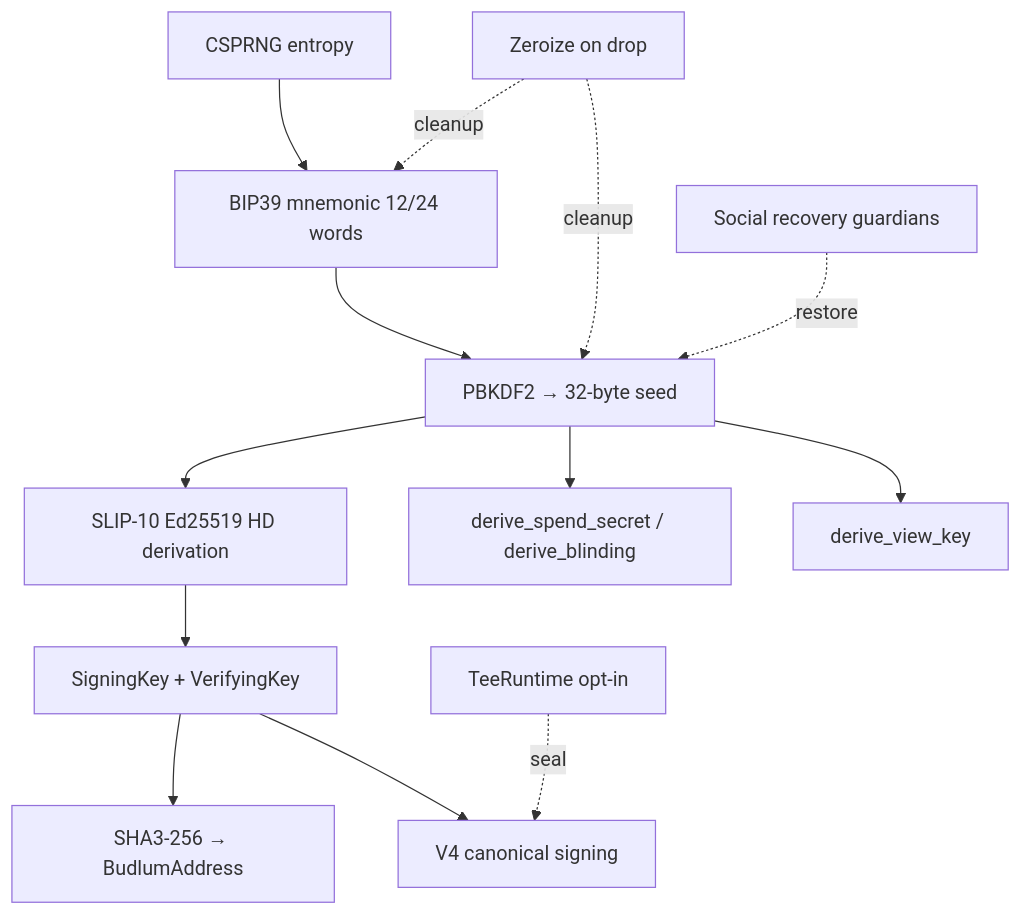
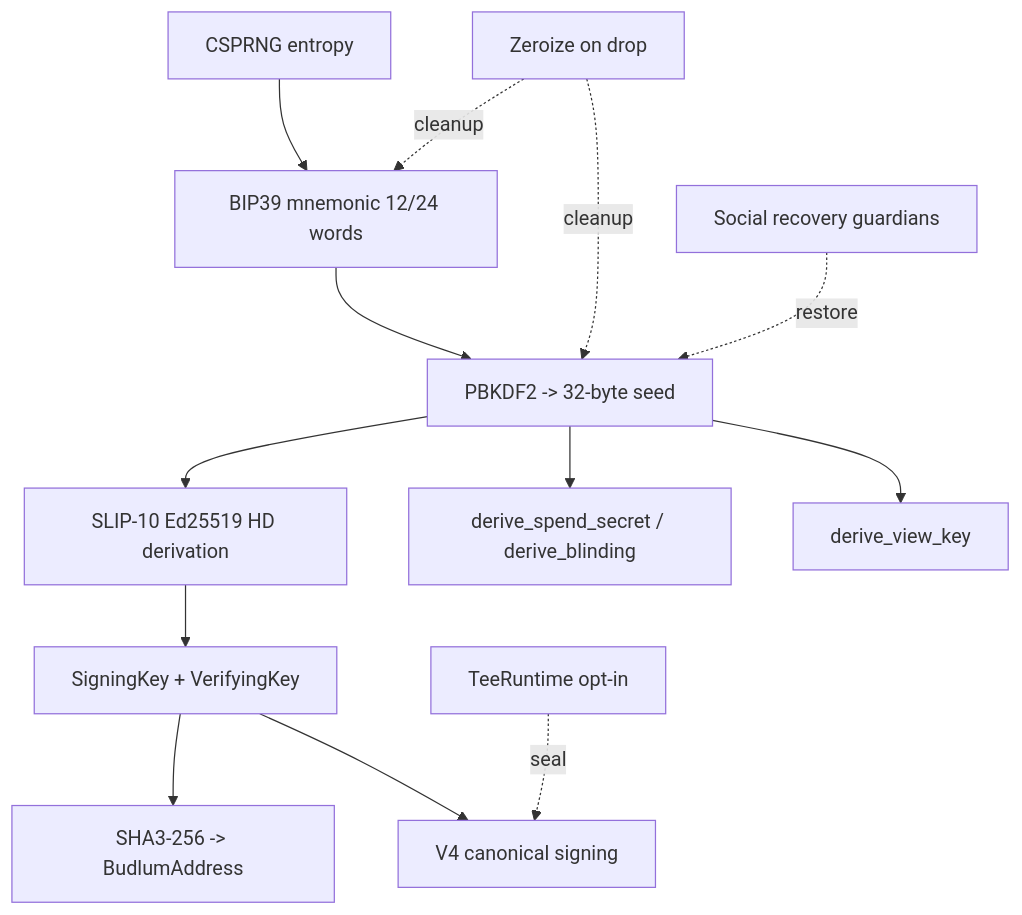
Before and after one commit to budlum-xyz/budlum: diagram 27 of 51 in docs/ARCHITECTURE.md, drawn with Mermaid. The commit also changed other lines of this file, not shown here.

````diff
--- a/docs/ARCHITECTURE.md
+++ b/docs/ARCHITECTURE.md
@@ -923,15 +923,15 @@
 ```mermaid
 flowchart TD
   Entropy[CSPRNG entropy] --> BIP39[BIP39 mnemonic 12/24 words]
-  BIP39 --> Seed[PBKDF2 → 32-byte seed]
+  BIP39 --> Seed[PBKDF2 -> 32-byte seed]
   Seed --> SLIP10[SLIP-10 Ed25519 HD derivation]
   SLIP10 --> KeyPair["SigningKey + VerifyingKey"]
-  KeyPair --> Address[SHA3-256 → BudlumAddress]
+  KeyPair --> Address[SHA3-256 -> BudlumAddress]
   KeyPair --> Sign[V4 canonical signing]
   Seed --> Privacy[derive_spend_secret / derive_blinding]
   Seed --> ViewKey[derive_view_key]
   TEE[TeeRuntime opt-in] -. seal .-> Sign
   Zeroize[Zeroize on drop] -. cleanup .-> Seed
   Zeroize -. cleanup .-> BIP39
   Recovery[Social recovery guardians] -. restore .-> Seed
 ```
````
